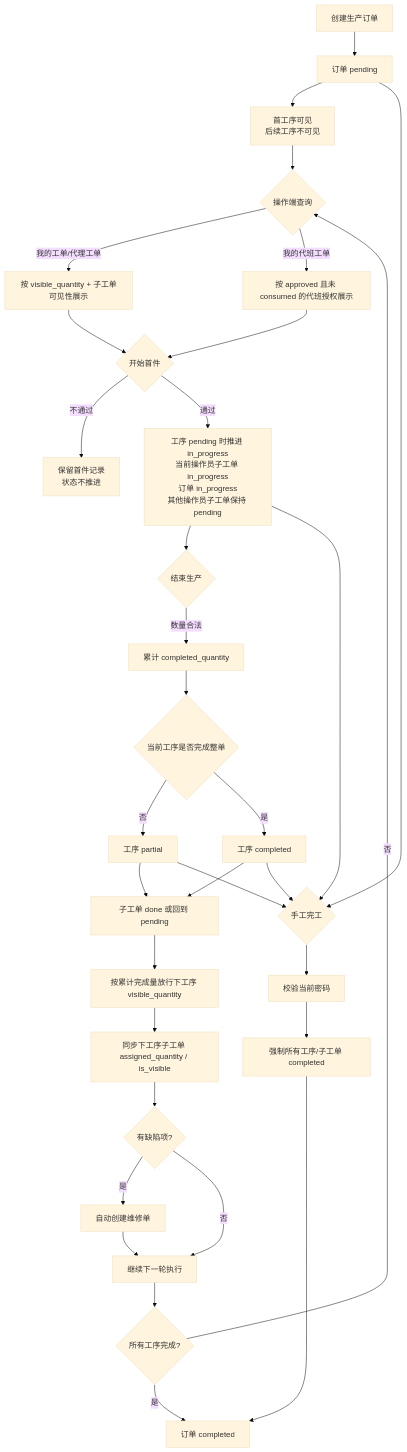
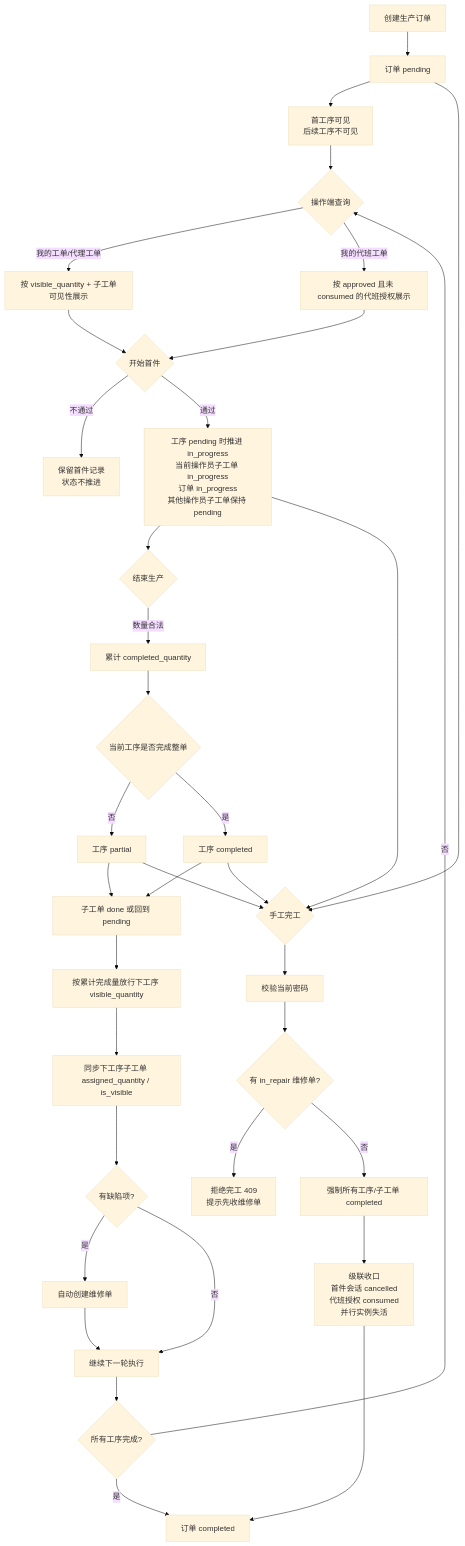
The second of 3 diagrams in docs/生产订单流转/03-生产订单流转思维导图.md (donkilove/ZYKJ_MES), drawn with Mermaid (base theme) before and after one commit. The commit also changed other lines of this file and 4 other files, not shown here.

````diff
--- a/docs/生产订单流转/03-生产订单流转思维导图.md
+++ b/docs/生产订单流转/03-生产订单流转思维导图.md
@@ -103,40 +113,43 @@
 ```mermaid
 flowchart TD
     A[创建生产订单] --> B[订单 pending]
     B --> C[首工序可见<br/>后续工序不可见]
     C --> D{操作端查询}
     D -->|我的工单/代理工单| E[按 visible_quantity + 子工单可见性展示]
     D -->|我的代班工单| F[按 approved 且未 consumed 的代班授权展示]
 
     E --> G{开始首件}
     F --> G
     G -->|不通过| H[保留首件记录<br/>状态不推进]
     G -->|通过| I[工序 pending 时推进 in_progress<br/>当前操作员子工单 in_progress<br/>订单 in_progress<br/>其他操作员子工单保持 pending]
 
     I --> J{结束生产}
     J -->|数量合法| K[累计 completed_quantity]
     K --> L{当前工序是否完成整单}
     L -->|否| M[工序 partial]
     L -->|是| N[工序 completed]
 
     M --> O[子工单 done 或回到 pending]
     N --> O
     O --> P[按累计完成量放行下工序 visible_quantity]
     P --> Q[同步下工序子工单 assigned_quantity / is_visible]
     Q --> R{有缺陷项?}
     R -->|是| S[自动创建维修单]
     R -->|否| T[继续下一轮执行]
     S --> T
 
     T --> U{所有工序完成?}
     U -->|否| D
     U -->|是| V[订单 completed]
 
     B --> W{手工完工}
     I --> W
     M --> W
     N --> W
     W --> X[校验当前密码]
-    X --> Y[强制所有工序/子工单 completed]
-    Y --> V
+    X --> X1{有 in_repair 维修单?}
+    X1 -->|是| X2[拒绝完工 409<br/>提示先收维修单]
+    X1 -->|否| Y[强制所有工序/子工单 completed]
+    Y --> Y1[级联收口<br/>首件会话 cancelled<br/>代班授权 consumed<br/>并行实例失活]
+    Y1 --> V
 ```
````
